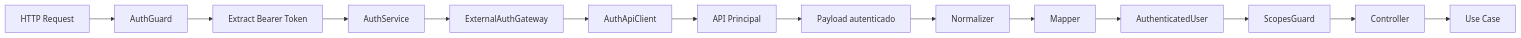
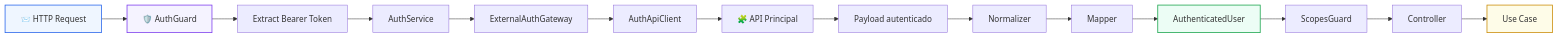
Before and after one commit to matheusdiamantino-betalent/IA: the sixth of 11 diagrams in RFC-0001-Auth.md, drawn with Mermaid. The commit also changed other lines of this file, not shown here.

````diff
--- a/RFC-0001-Auth.md
+++ b/RFC-0001-Auth.md
@@ -410,16 +539,21 @@
 ```mermaid
 flowchart LR
-    A[HTTP Request] --> B[AuthGuard]
+    A[📨 HTTP Request] --> B[🛡️ AuthGuard]
     B --> C[Extract Bearer Token]
     C --> D[AuthService]
     D --> E[ExternalAuthGateway]
     E --> F[AuthApiClient]
-    F --> G[API Principal]
+    F --> G[🧩 API Principal]
     G --> H[Payload autenticado]
     H --> I[Normalizer]
     I --> J[Mapper]
     J --> K[AuthenticatedUser]
     K --> L[ScopesGuard]
     L --> M[Controller]
     M --> N[Use Case]
+
+    style A fill:#eff6ff,stroke:#2563eb,stroke-width:1.5px
+    style B fill:#f5f3ff,stroke:#7c3aed,stroke-width:1.5px
+    style K fill:#ecfdf5,stroke:#16a34a,stroke-width:1.5px
+    style N fill:#fefce8,stroke:#ca8a04,stroke-width:1.5px
 ```
````
